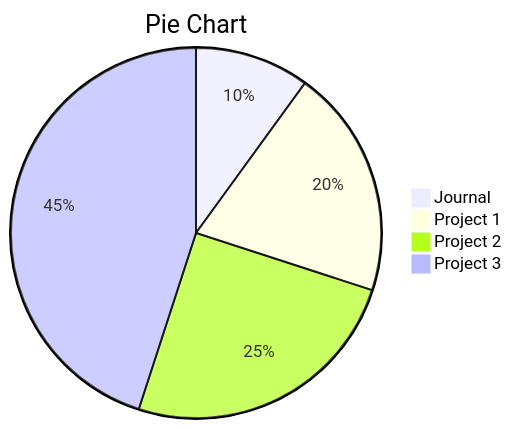
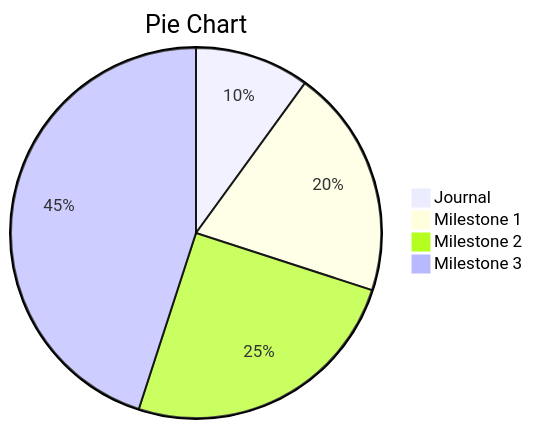
Before and after one commit to johndao1005/SDV602-Journal: the diagram in README.md, drawn with Mermaid. The commit also changed other lines of this file, not shown here.

````diff
--- a/README.md
+++ b/README.md
@@ -20,9 +20,9 @@
 ```mermaid
 pie
     title Pie Chart
     "Journal" : 10
-    "Project 1" : 20
-    "Project 2" : 25
-    "Project 3" : 45
+    "Milestone 1" : 20
+    "Milestone 2" : 25
+    "Milestone 3" : 45
  
 ```
````
